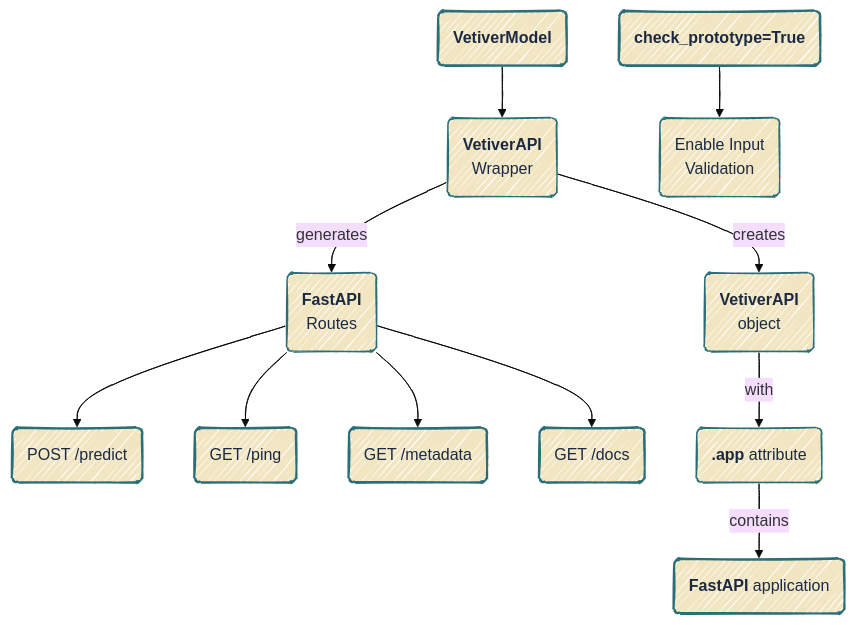
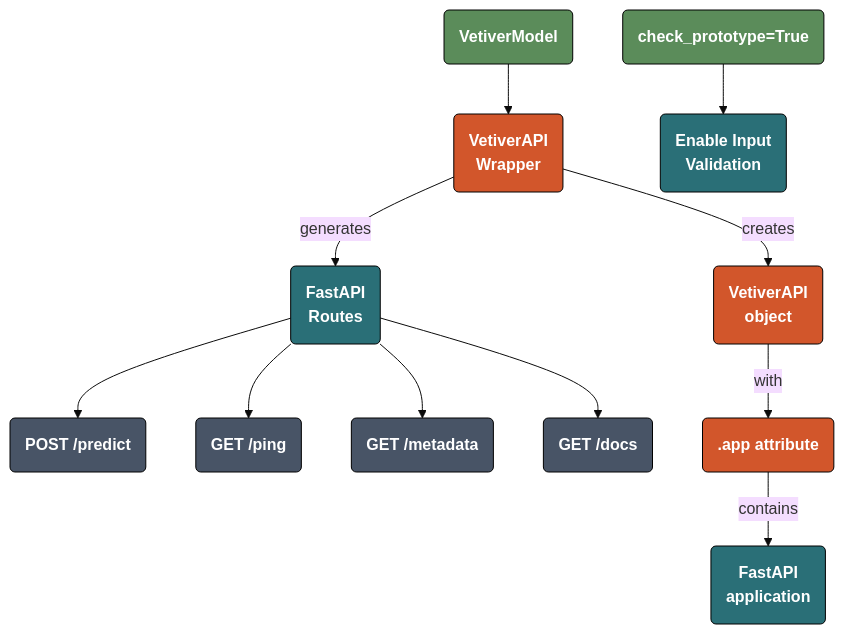
The second of 7 diagrams in py-app-api.qmd (mjfrigaard/do4ds-labs), drawn with Mermaid before and after one commit. The commit also changed other lines of this file and 48 other files, not shown here.

````diff
--- a/py-app-api.qmd
+++ b/py-app-api.qmd
@@ -348,31 +349,38 @@
 ```{mermaid}
 %%| fig-cap: 'mod-api.py'
-%%| fig-align: center
-%%{init: {'theme': 'base', 'look': 'handDrawn', 'themeVariables': {'fontFamily': 'monospace'}}}%%
+%%| fig-align: 'center'
+%%{init: {'theme': 'base', 'themeVariables': {'fontFamily': 'monospace'}}}%%
 
 graph TB
-    Mod("<strong>VetiverModel</strong>") --> VApiCon("<strong>VetiverAPI</strong><br>Wrapper")
-    VApiCon --"generates"--> FastAPI("<strong>FastAPI</strong><br>Routes")
+    Mod("<strong>VetiverModel</strong>") --> VApiCon("<strong>VetiverAPI<br>Wrapper</strong>")
+    VApiCon --"generates"--> FastAPI("<strong>FastAPI<br>Routes</strong>")
     
-    FastAPI --> Post("POST /predict")
-    FastAPI --> GetPing("GET /ping") 
-    FastAPI --> GetMeta("GET /metadata")
-    FastAPI --> GetDocs("GET /docs")
+    FastAPI --> Post("<strong>POST /predict</strong>")
+    FastAPI --> GetPing("<strong>GET /ping</strong>") 
+    FastAPI --> GetMeta("<strong>GET /metadata</strong>")
+    FastAPI --> GetDocs("<strong>GET /docs</strong>")
     
-    CheckProt("<strong>check_prototype=True</strong>") --> Input("Enable Input<br>Validation")
+    CheckProt("<strong>check_prototype=True</strong>") --> Input("<strong>Enable Input<br>Validation</strong>")
     
-    VApiCon --"creates"--> VApiObj("<strong>VetiverAPI</strong><br>object")
-    VApiObj --"with"--> AppAttr("<strong>.app</strong> attribute")
+    VApiCon --"creates"--> VApiObj("<strong>VetiverAPI<br>object</strong>")
+    VApiObj --"with"--> AppAttr("<strong>.app attribute</strong>")
     
-    AppAttr --"contains"--> FastAPIApp("<strong>FastAPI</strong> application")
+    AppAttr --"contains"--> FastAPIApp("<strong>FastAPI<br>application</strong> ")
+    
+    style Mod fill:#5B8C5A,stroke:#000000,stroke-width:1px,color:#ffffff
+    style CheckProt fill:#5B8C5A,stroke:#000000,stroke-width:1px,color:#ffffff 
+    style Input fill:#2A6F77,stroke:#000000,stroke-width:1px,color:#ffffff 
+    style VApiCon fill:#D2562B,stroke:#000000,stroke-width:1px,color:#ffffff
+    style FastAPI fill:#2A6F77,stroke:#000000,stroke-width:1px,color:#ffffff
 
-    style CheckProt stroke-width:2px, rx:12, ry:12, font-size:16px
-    style Mod stroke-width:2px, rx:12, ry:12, font-size:16px
+    style Post fill:#485466,stroke:#000000,stroke-width:1px,color:#ffffff
+    style GetPing fill:#485466,stroke:#000000,stroke-width:1px,color:#ffffff
+    style GetMeta fill:#485466,stroke:#000000,stroke-width:1px,color:#ffffff
+    style GetDocs fill:#485466,stroke:#000000,stroke-width:1px,color:#ffffff
 
-    style Post stroke-width:2px, rx:12, ry:12, font-size:16px
-    style GetPing stroke-width:2px, rx:12, ry:12, font-size:16px
-    style GetMeta stroke-width:2px, rx:12, ry:12, font-size:16px
-    style GetDocs stroke-width:2px, rx:12, ry:12, font-size:16px
-    style FastAPIApp stroke-width:2px, rx:12, ry:12, font-size:16px
-    classDef default fill:#F2E6C2,stroke:#2A6F77,color:#1B2A41
+    style VApiObj fill:#D2562B,stroke:#000000,stroke-width:1px,color:#ffffff
+    style AppAttr fill:#D2562B,stroke:#000000,stroke-width:1px,color:#ffffff
+
+    style FastAPIApp fill:#2A6F77,stroke:#000000,stroke-width:1px,color:#ffffff 
+   
 ```
````
